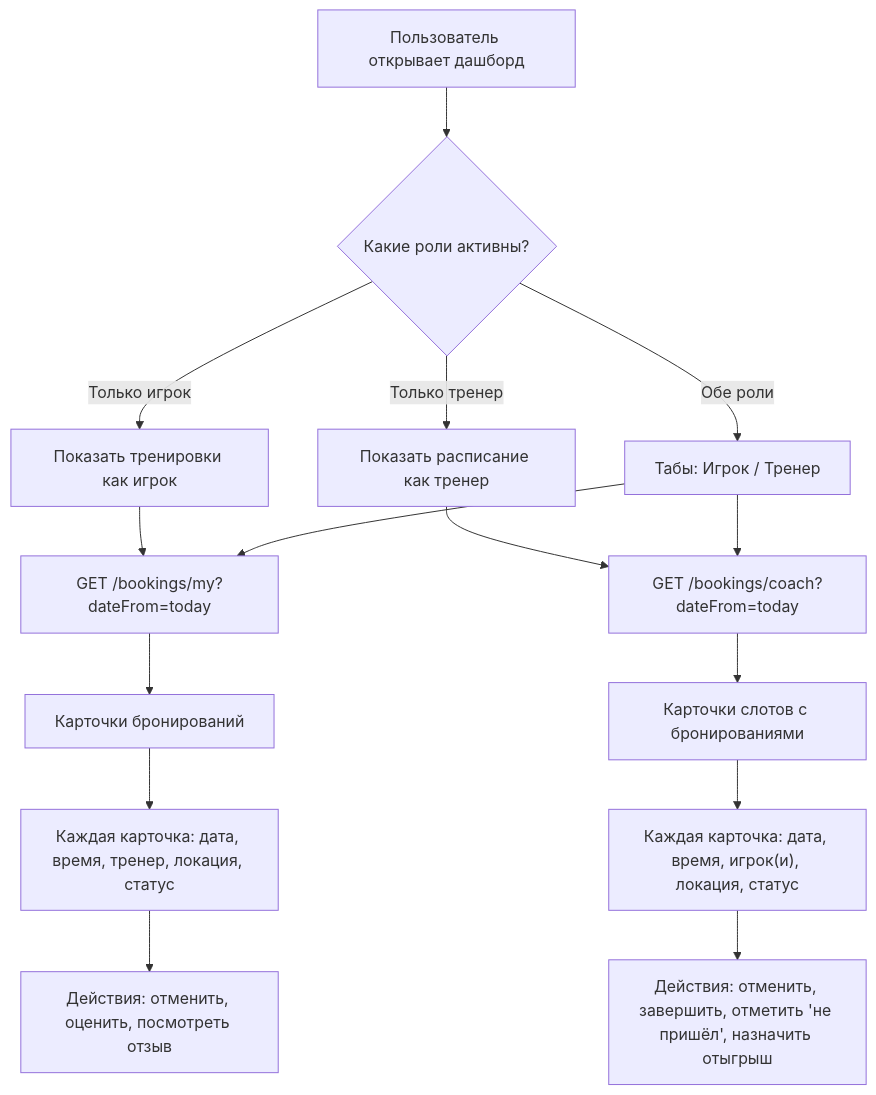
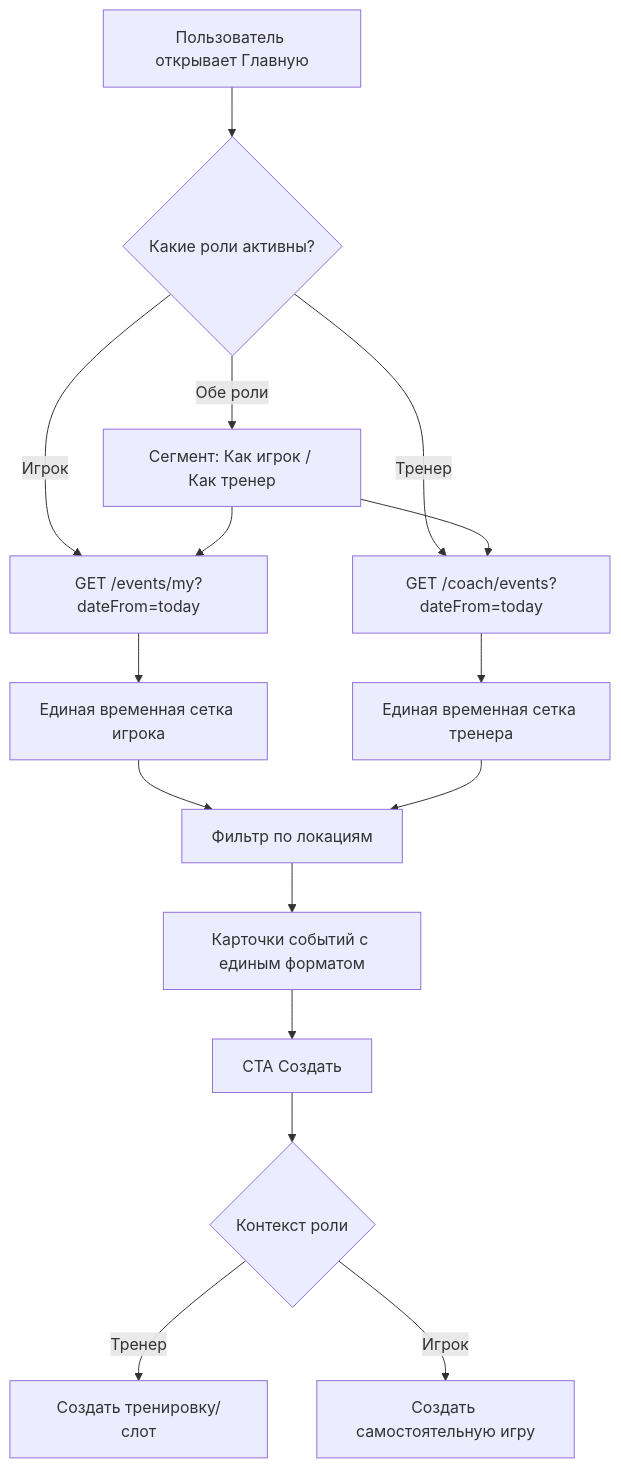
One commit to maxism/woof-tennis changed diagram 11 of 11 in docs/04-user-flows.md. Above: the diagram before and after it, drawn with Mermaid. The commit also changed other lines of this file and 36 other files, not shown here.

````diff
--- a/docs/04-user-flows.md
+++ b/docs/04-user-flows.md
@@ -306,22 +301,20 @@
 ```mermaid
 flowchart TD
-    A[Пользователь открывает дашборд] --> B{Какие роли активны?}
-    
-    B -->|Только игрок| C[Показать тренировки как игрок]
-    B -->|Только тренер| D[Показать расписание как тренер]
-    B -->|Обе роли| E[Табы: Игрок / Тренер]
-    
-    C --> F["GET /bookings/my?dateFrom=today"]
-    D --> G["GET /bookings/coach?dateFrom=today"]
-    E --> F
-    E --> G
-    
-    F --> H[Карточки бронирований]
-    G --> I[Карточки слотов с бронированиями]
-    
-    H --> J[Каждая карточка: дата, время, тренер, локация, статус]
-    I --> K["Каждая карточка: дата, время, игрок(и), локация, статус"]
-    
-    J --> L[Действия: отменить, оценить, посмотреть отзыв]
-    K --> M["Действия: отменить, завершить, отметить 'не пришёл', назначить отыгрыш"]
+    A[Пользователь открывает Главную] --> B{Какие роли активны?}
+    B -->|Игрок| C["GET /events/my?dateFrom=today"]
+    B -->|Тренер| D["GET /coach/events?dateFrom=today"]
+    B -->|Обе роли| E[Сегмент: Как игрок / Как тренер]
+    E --> C
+    E --> D
+
+    C --> F[Единая временная сетка игрока]
+    D --> G[Единая временная сетка тренера]
+    F --> H[Фильтр по локациям]
+    G --> H
+    H --> I[Карточки событий с единым форматом]
+
+    I --> J[CTA Создать]
+    J --> K{Контекст роли}
+    K -->|Тренер| L[Создать тренировку/слот]
+    K -->|Игрок| M[Создать самостоятельную игру]
 ```
````
